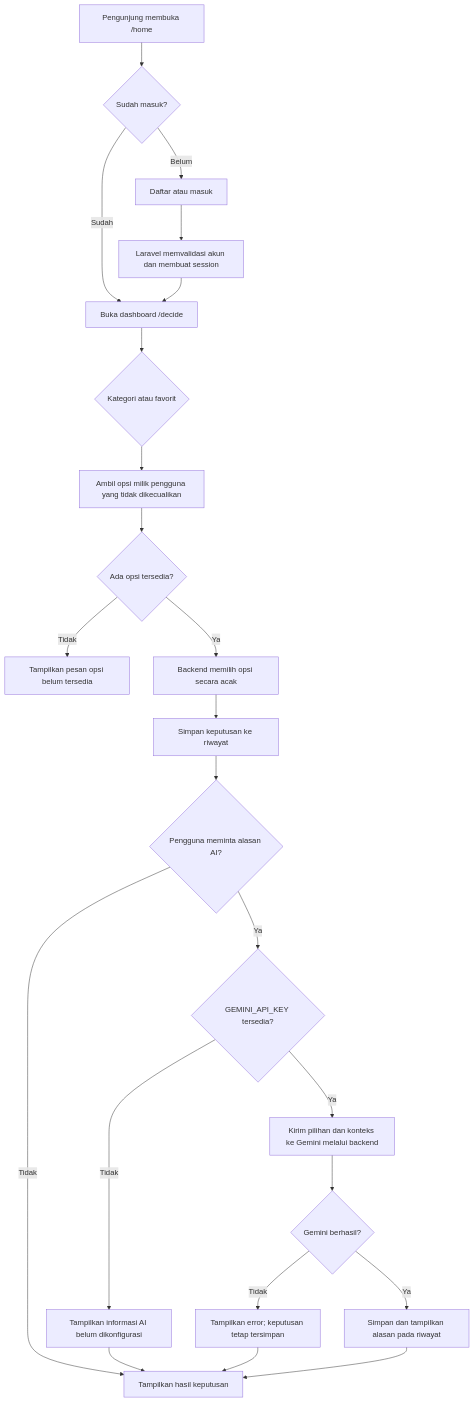
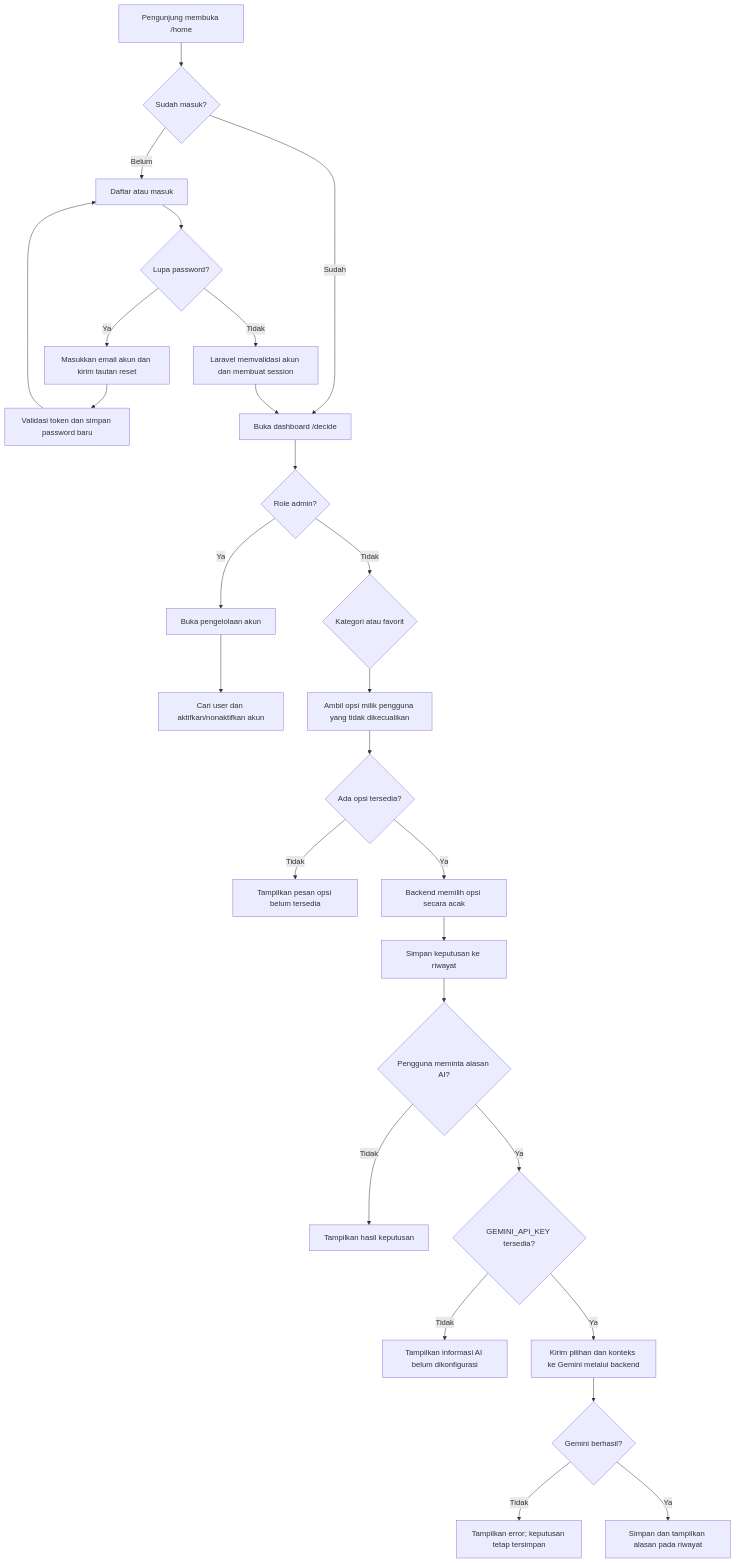
One commit to VoxluxcK-A/DecideForMe changed the first of 2 diagrams in DOKUM.md. Above: the diagram before and after it, drawn with Mermaid. The commit also changed other lines of this file and 29 other files, not shown here.

First line of the commit message:
feat: add password recovery functionality and admin user management

````diff
--- a/DOKUM.md
+++ b/DOKUM.md
@@ -143,25 +154,29 @@
 ```mermaid
 flowchart TD
     A[Pengunjung membuka /home] --> B{Sudah masuk?}
     B -- Belum --> C[Daftar atau masuk]
-    C --> D[Laravel memvalidasi akun dan membuat session]
-    B -- Sudah --> E[Buka dashboard /decide]
-    D --> E
-    E --> F{Kategori atau favorit}
-    F --> G[Ambil opsi milik pengguna yang tidak dikecualikan]
-    G --> H{Ada opsi tersedia?}
-    H -- Tidak --> I[Tampilkan pesan opsi belum tersedia]
-    H -- Ya --> J[Backend memilih opsi secara acak]
-    J --> K[Simpan keputusan ke riwayat]
-    K --> L{Pengguna meminta alasan AI?}
-    L -- Tidak --> M[Tampilkan hasil keputusan]
-    L -- Ya --> N{GEMINI_API_KEY tersedia?}
-    N -- Tidak --> O[Tampilkan informasi AI belum dikonfigurasi]
-    N -- Ya --> P[Kirim pilihan dan konteks ke Gemini melalui backend]
-    P --> Q{Gemini berhasil?}
-    Q -- Tidak --> R[Tampilkan error; keputusan tetap tersimpan]
-    Q -- Ya --> S[Simpan dan tampilkan alasan pada riwayat]
-    O --> M
-    R --> M
-    S --> M
+    C --> D{Lupa password?}
+    D -- Ya --> E[Masukkan email akun dan kirim tautan reset]
+    E --> F[Validasi token dan simpan password baru]
+    F --> C
+    D -- Tidak --> G[Laravel memvalidasi akun dan membuat session]
+    B -- Sudah --> H[Buka dashboard /decide]
+    G --> H
+    H --> I{Role admin?}
+    I -- Ya --> J[Buka pengelolaan akun]
+    J --> K[Cari user dan aktifkan/nonaktifkan akun]
+    I -- Tidak --> L{Kategori atau favorit}
+    L --> M[Ambil opsi milik pengguna yang tidak dikecualikan]
+    M --> N{Ada opsi tersedia?}
+    N -- Tidak --> O[Tampilkan pesan opsi belum tersedia]
+    N -- Ya --> P[Backend memilih opsi secara acak]
+    P --> Q[Simpan keputusan ke riwayat]
+    Q --> R{Pengguna meminta alasan AI?}
+    R -- Tidak --> S[Tampilkan hasil keputusan]
+    R -- Ya --> T{GEMINI_API_KEY tersedia?}
+    T -- Tidak --> U[Tampilkan informasi AI belum dikonfigurasi]
+    T -- Ya --> V[Kirim pilihan dan konteks ke Gemini melalui backend]
+    V --> W{Gemini berhasil?}
+    W -- Tidak --> X[Tampilkan error; keputusan tetap tersimpan]
+    W -- Ya --> Y[Simpan dan tampilkan alasan pada riwayat]
 ```
````
